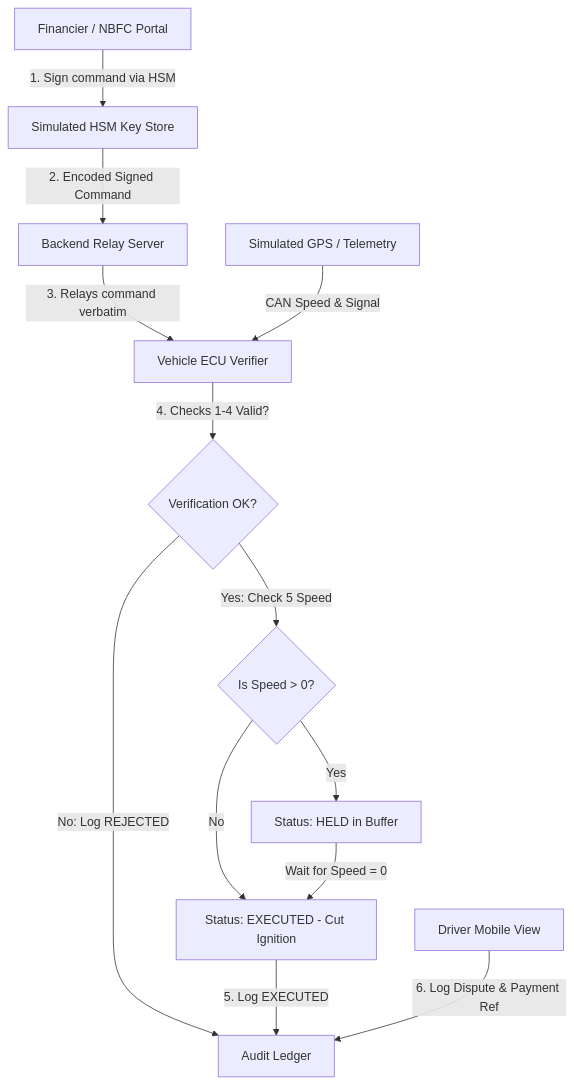
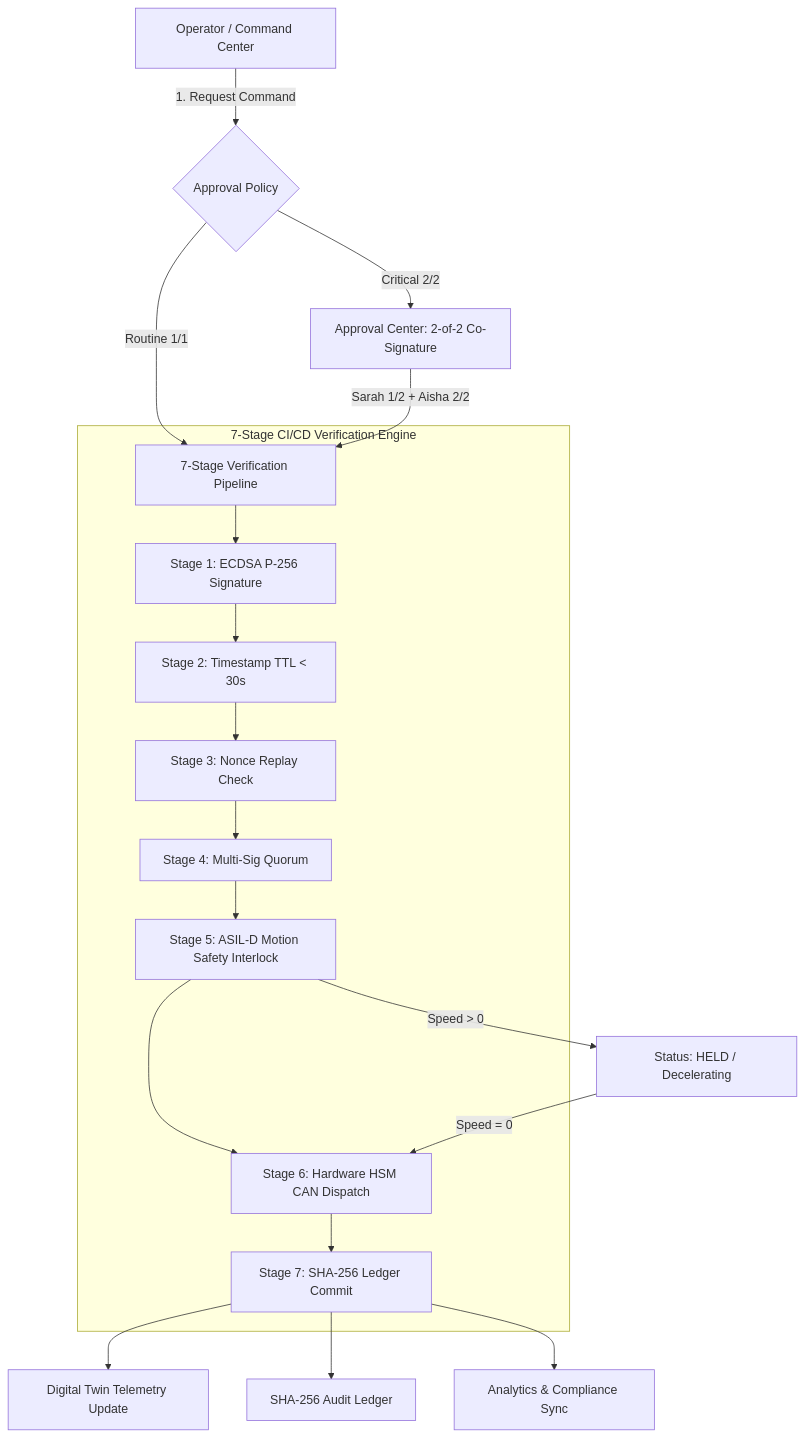
One commit to Kanneboinashivakumar/TrustRide changed the diagram in README.md. Above: the diagram before and after it, drawn with Mermaid. The commit also changed other lines of this file and 162 other files, not shown here.

Commit message:
feat: complete TrustRide EV governance platform with 7-stage pipeline, multi-sig approval, digital twin telemetry & updated docs

````diff
--- a/README.md
+++ b/README.md
@@ -97,23 +119,26 @@
 ```mermaid
 graph TD
-    %% Nodes
-    F[Financier / NBFC Portal] -->|1. Sign command via HSM| HSM[Simulated HSM Key Store]
-    HSM -->|2. Encoded Signed Command| B[Backend Relay Server]
-    B -->|3. Relays command verbatim| ECU[Vehicle ECU Verifier]
+    Operator[Operator / Command Center] -->|1. Request Command| Policy{Approval Policy}
     
-    %% Telemetry Loop
-    GPS[Simulated GPS / Telemetry] -->|CAN Speed & Signal| ECU
+    Policy -->|Routine 1/1| Pipeline[7-Stage Verification Pipeline]
+    Policy -->|Critical 2/2| Quorum[Approval Center: 2-of-2 Co-Signature]
     
-    %% Output
-    ECU -->|4. Checks 1-4 Valid?| OK{Verification OK?}
-    OK -->|No: Log REJECTED| LEDG[Audit Ledger]
-    OK -->|Yes: Check 5 Speed| MOV{Is Speed > 0?}
-    MOV -->|Yes| HELD[Status: HELD in Buffer]
-    MOV -->|No| EXE[Status: EXECUTED - Cut Ignition]
+    Quorum -->|Sarah 1/2 + Aisha 2/2| Pipeline
     
-    HELD -->|Wait for Speed = 0| EXE
-    EXE -->|5. Log EXECUTED| LEDG
+    subgraph "7-Stage CI/CD Verification Engine"
+        Pipeline --> V1[Stage 1: ECDSA P-256 Signature]
+        V1 --> V2[Stage 2: Timestamp TTL < 30s]
+        V2 --> V3[Stage 3: Nonce Replay Check]
+        V3 --> V4[Stage 4: Multi-Sig Quorum]
+        V4 --> V5[Stage 5: ASIL-D Motion Safety Interlock]
+        V5 --> V6[Stage 6: Hardware HSM CAN Dispatch]
+        V6 --> V7[Stage 7: SHA-256 Ledger Commit]
+    end
     
-    %% Dispute Loop
-    D[Driver Mobile View] -->|6. Log Dispute & Payment Ref| LEDG
+    V5 -->|Speed > 0| Deferred[Status: HELD / Decelerating]
+    Deferred -->|Speed = 0| V6
+    
+    V7 --> Twin[Digital Twin Telemetry Update]
+    V7 --> Audit[SHA-256 Audit Ledger]
+    V7 --> Analytics[Analytics & Compliance Sync]
 ```
````
